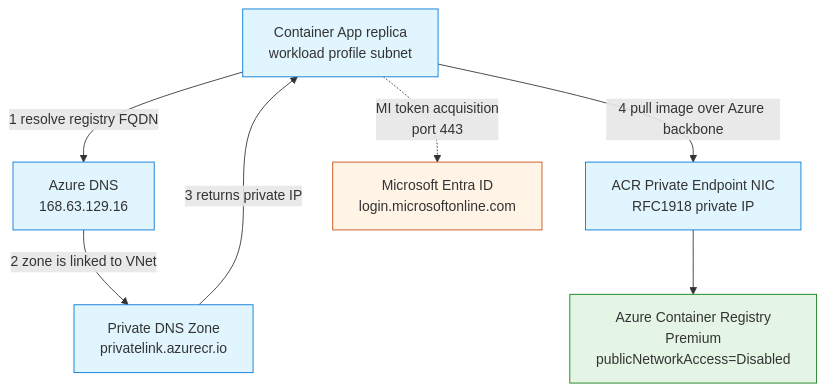
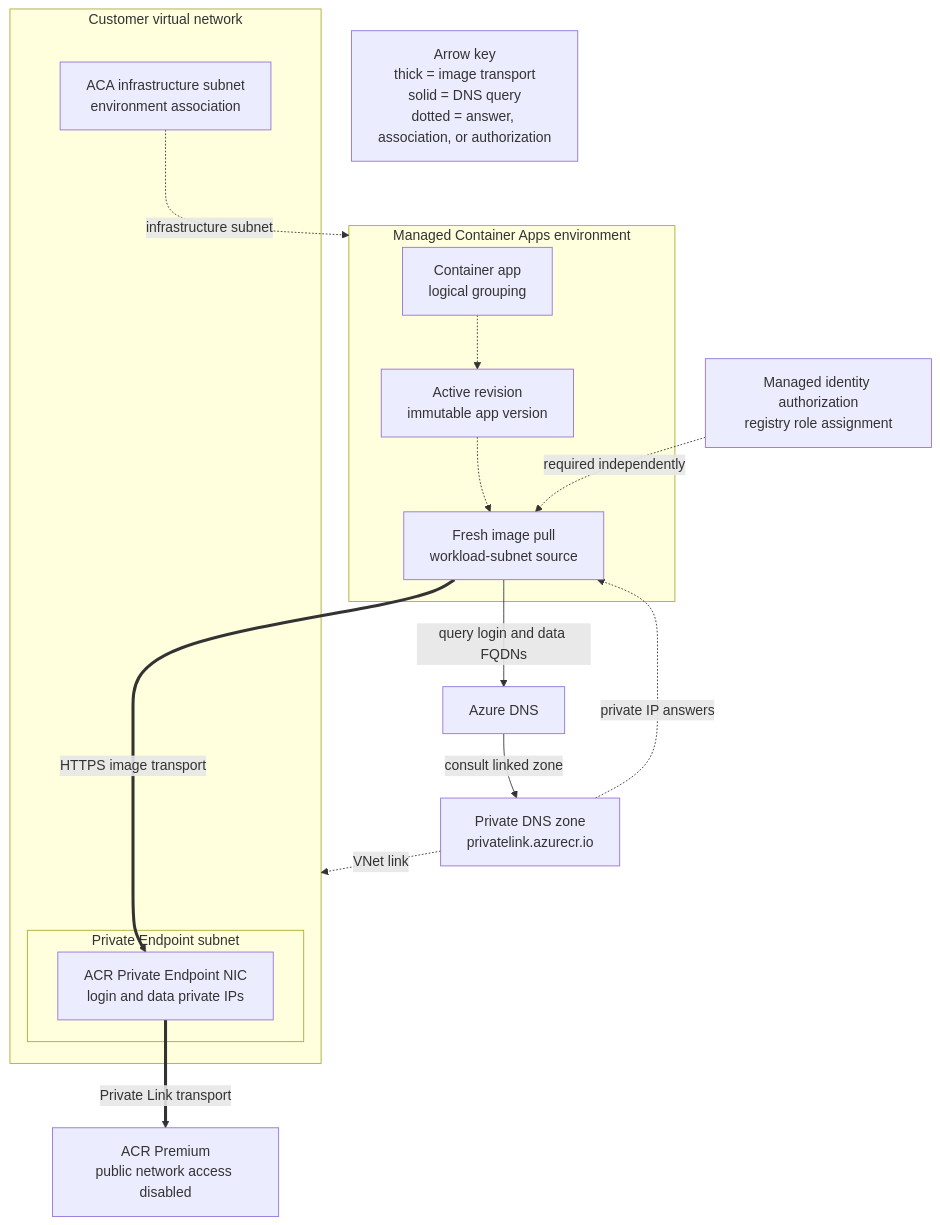
The diagram in docs/troubleshooting/lab-guides/acr-network-path-pe-direct.md (yeongseon/azure-container-apps-practical-guide), drawn with Mermaid before and after one commit. The commit also changed other lines of this file and 6 other files, not shown here.

First line of the commit message:
docs(diagrams): migrate the ACR network path diagrams (#608)

````diff
--- a/docs/troubleshooting/lab-guides/acr-network-path-pe-direct.md
+++ b/docs/troubleshooting/lab-guides/acr-network-path-pe-direct.md
@@ -69,24 +70,36 @@
 ```mermaid
 flowchart TD
-    REPLICA[Container App replica<br/>workload profile subnet]
-    DNS[Azure DNS<br/>168.63.129.16]
-    ZONE[Private DNS Zone<br/>privatelink.azurecr.io]
-    PE[ACR Private Endpoint NIC<br/>RFC1918 private IP]
-    ACR[Azure Container Registry<br/>Premium<br/>publicNetworkAccess=Disabled]
-    ENTRA[Microsoft Entra ID<br/>login.microsoftonline.com]
+    accTitle: Path B direct ACR Private Endpoint image transport
+    accDescr: The Container Apps environment uses Azure DNS and a VNet-linked privatelink.azurecr.io zone to resolve ACR login and regional data names to private endpoint NIC addresses. Fresh image transport goes directly to the private endpoint without a firewall hop. Managed identity authorization remains a separate requirement.
 
-    REPLICA -->|1 resolve registry FQDN| DNS
-    DNS -->|2 zone is linked to VNet| ZONE
-    ZONE -->|3 returns private IP| REPLICA
-    REPLICA -->|4 pull image over Azure backbone| PE
-    PE --> ACR
-    REPLICA -.->|MI token acquisition<br/>port 443| ENTRA
+    subgraph ENV["Managed Container Apps environment"]
+        APP["Container app<br/>logical grouping"]
+        REV_ACTIVE["Active revision<br/>immutable app version"]
+        PULL["Fresh image pull<br/>workload-subnet source"]
+        APP -.-> REV_ACTIVE
+        REV_ACTIVE -.-> PULL
+    end
 
-    classDef path fill:#e1f5ff,stroke:#0078d4
-    classDef registry fill:#e5f5e5,stroke:#107c10
-    classDef identity fill:#fff4e6,stroke:#ca5010
+    subgraph VNET["Customer virtual network"]
+        ACA_SUBNET["ACA infrastructure subnet<br/>environment association"]
+        subgraph PE_SUBNET["Private Endpoint subnet"]
+            PE["ACR Private Endpoint NIC<br/>login and data private IPs"]
+        end
+    end
 
-    class REPLICA,DNS,ZONE,PE path
-    class ACR registry
-    class ENTRA identity
+    DNS["Azure DNS"]
+    ZONE["Private DNS zone<br/>privatelink.azurecr.io"]
+    ACR["ACR Premium<br/>public network access disabled"]
+    AUTH["Managed identity authorization<br/>registry role assignment"]
+
+    ACA_SUBNET -.->|infrastructure subnet| ENV
+    ZONE -.->|VNet link| VNET
+    PULL -->|query login and data FQDNs| DNS
+    DNS -->|consult linked zone| ZONE
+    ZONE -.->|private IP answers| PULL
+    PULL ==>|HTTPS image transport| PE
+    PE ==>|Private Link transport| ACR
+    AUTH -.->|required independently| PULL
+
+    LEGEND["Arrow key<br/>thick = image transport<br/>solid = DNS query<br/>dotted = answer, association, or authorization"]
 ```
````
